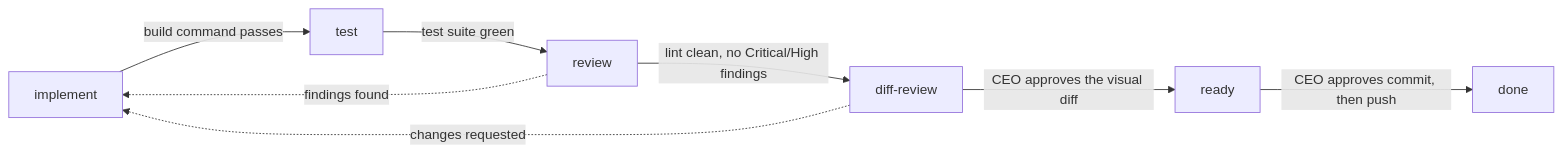
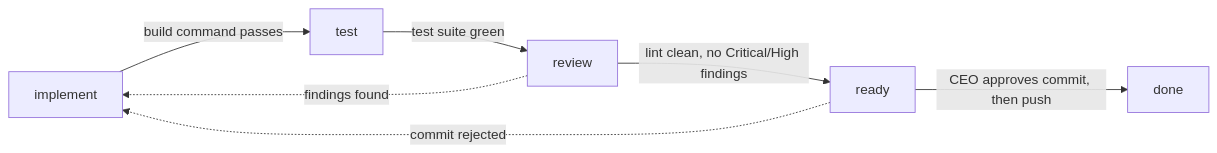
One commit to AlexWaha/agentry changed the first of 2 diagrams in README.md. Above: the diagram before and after it, drawn with Mermaid. The commit also changed other lines of this file and 22 other files, not shown here.

````diff
--- a/README.md
+++ b/README.md
@@ -61,10 +61,9 @@
 ```mermaid
 flowchart LR
     A[implement] -->|build command passes| B[test]
     B -->|test suite green| C[review]
-    C -->|lint clean, no Critical/High findings| D[diff-review]
-    D -->|CEO approves the visual diff| E[ready]
-    E -->|CEO approves commit, then push| F[done]
+    C -->|lint clean, no Critical/High findings| D[ready]
+    D -->|CEO approves commit, then push| E[done]
     C -.->|findings found| A
-    D -.->|changes requested| A
+    D -.->|commit rejected| A
 ```
````
